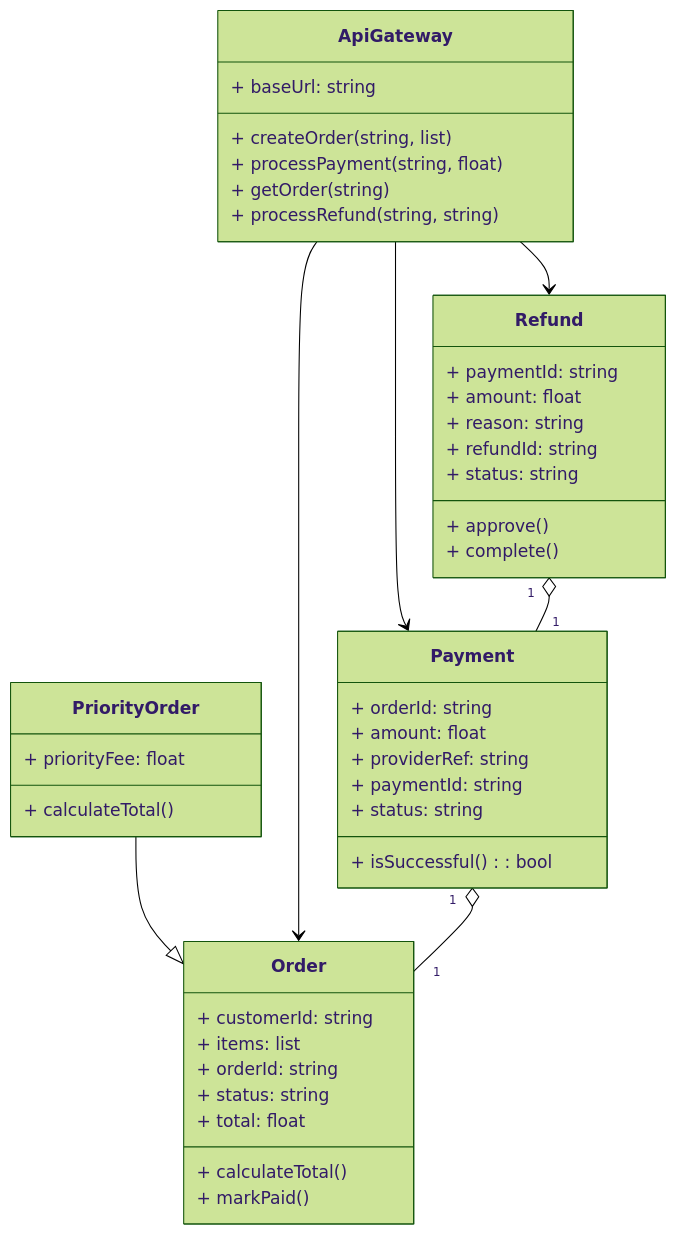
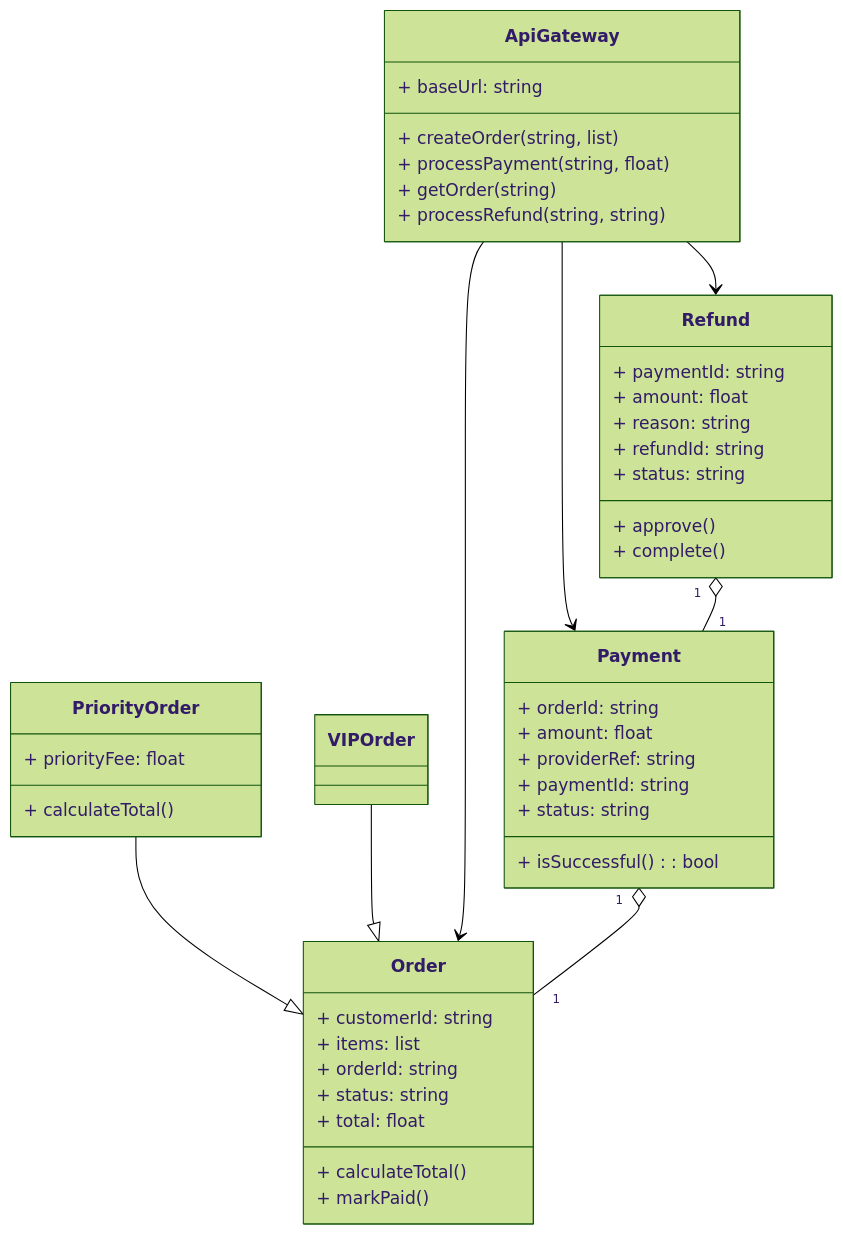
The diagram in docs/architecture/uml_domain_model.md (matzatezalo/local_arcbot_testing), drawn with Mermaid (forest theme) before and after one commit. The commit also changed other lines of this file, not shown here.

Commit message:
feat: Generated architecture diagrams

````diff
--- a/docs/architecture/uml_domain_model.md
+++ b/docs/architecture/uml_domain_model.md
@@ -8,47 +9,50 @@
 ```mermaid
 classDiagram
     class ApiGateway {
         + baseUrl: string
         + createOrder(string, list)
         + processPayment(string, float)
         + getOrder(string)
         + processRefund(string, string)
     }
     class Order {
         + customerId: string
         + items: list
         + orderId: string
         + status: string
         + total: float
         + calculateTotal()
         + markPaid()
     }
     class PriorityOrder {
         + priorityFee: float
         + calculateTotal()
     }
+    class VIPOrder {
+    }
     class Payment {
         + orderId: string
         + amount: float
         + providerRef: string
         + paymentId: string
         + status: string
         + isSuccessful(): bool
     }
     class Refund {
         + paymentId: string
         + amount: float
         + reason: string
         + refundId: string
         + status: string
         + approve()
         + complete()
     }
 
     PriorityOrder --|> Order
+    VIPOrder --|> Order
     ApiGateway --> Order
     ApiGateway --> Payment
     ApiGateway --> Refund
     Payment "1" o-- "1" Order
     Refund "1" o-- "1" Payment
 ```
````
